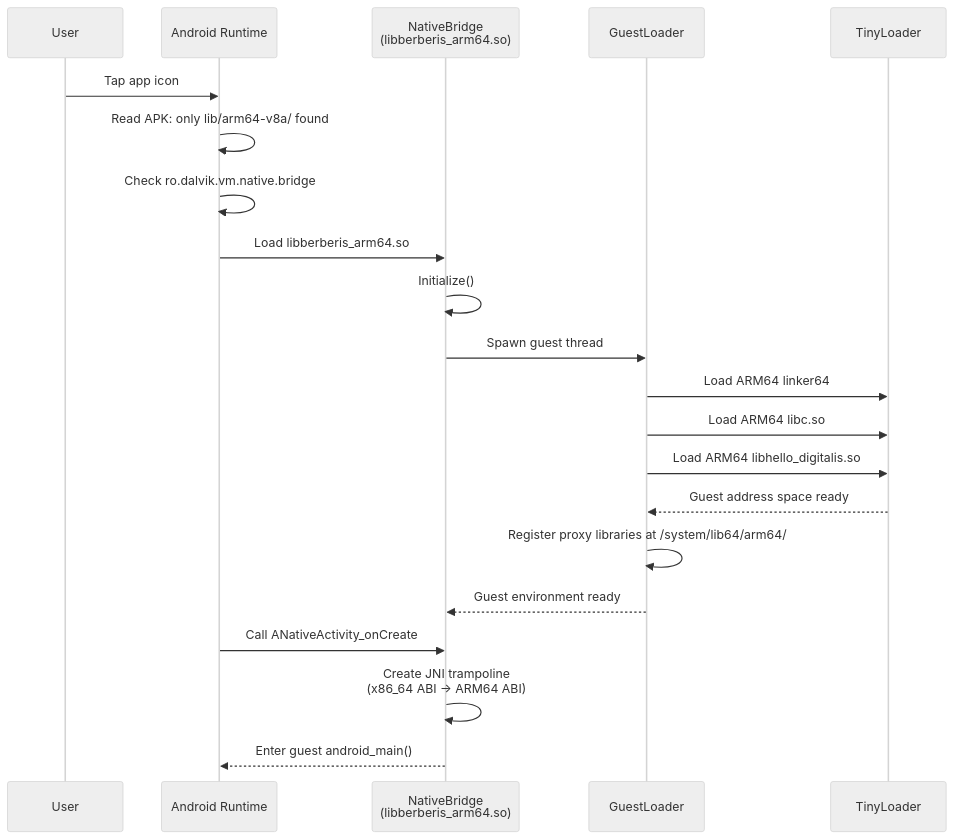
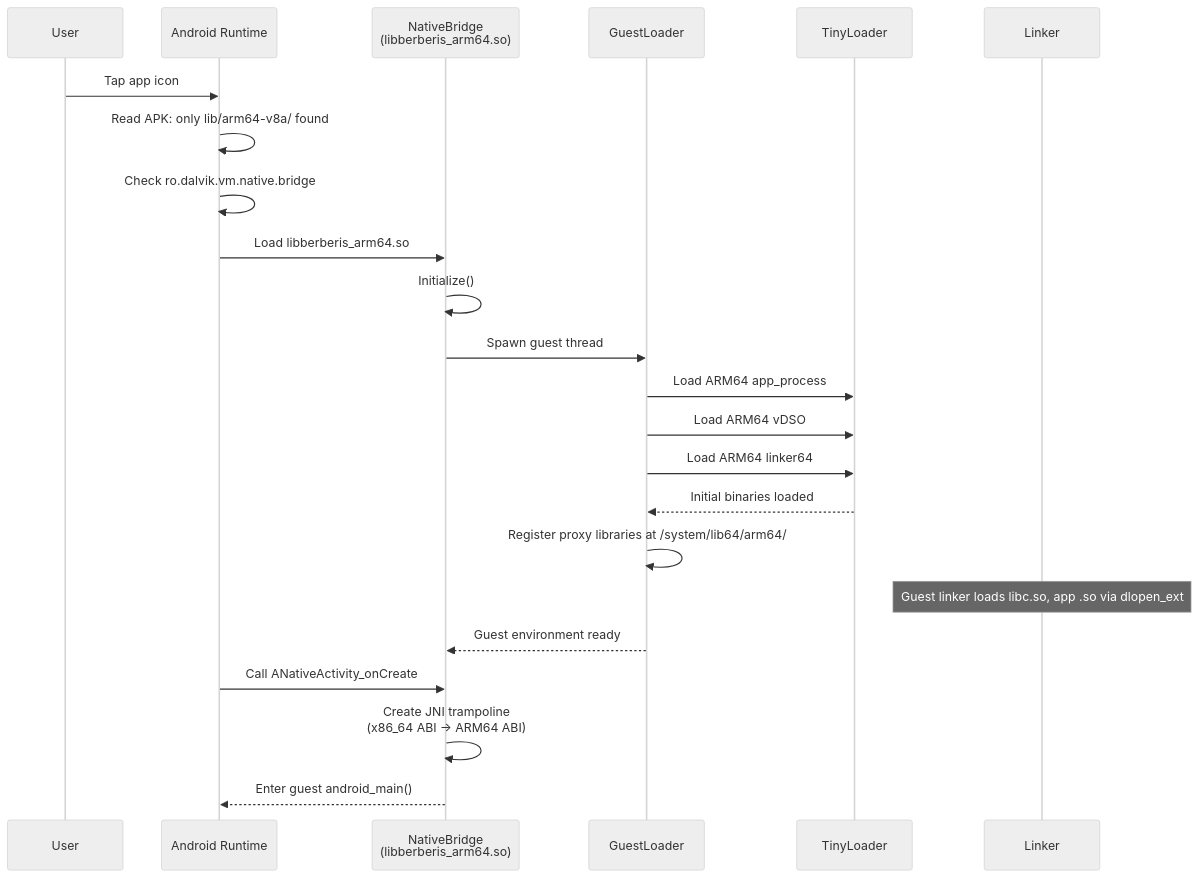
Diagram 28 of 41 in docs/how-it-works.md (DigitalisX64/digitalis), drawn with Mermaid (neutral theme) before and after one commit. The commit also changed other lines of this file, not shown here.

````diff
--- a/docs/how-it-works.md
+++ b/docs/how-it-works.md
@@ -1458,24 +1462,25 @@
 ```mermaid
 sequenceDiagram
     participant User
     participant ART as Android Runtime
     participant NB as NativeBridge<br/>(libberberis_arm64.so)
     participant GL as GuestLoader
     participant TL as TinyLoader
 
     User->>ART: Tap app icon
     ART->>ART: Read APK: only lib/arm64-v8a/ found
     ART->>ART: Check ro.dalvik.vm.native.bridge
     ART->>NB: Load libberberis_arm64.so
     NB->>NB: Initialize()
     NB->>GL: Spawn guest thread
+    GL->>TL: Load ARM64 app_process
+    GL->>TL: Load ARM64 vDSO
     GL->>TL: Load ARM64 linker64
-    GL->>TL: Load ARM64 libc.so
-    GL->>TL: Load ARM64 libhello_digitalis.so
-    TL-->>GL: Guest address space ready
+    TL-->>GL: Initial binaries loaded
     GL->>GL: Register proxy libraries at /system/lib64/arm64/
+    Note over Linker: Guest linker loads libc.so, app .so via dlopen_ext
     GL-->>NB: Guest environment ready
     ART->>NB: Call ANativeActivity_onCreate
     NB->>NB: Create JNI trampoline<br/>(x86_64 ABI → ARM64 ABI)
     NB-->>ART: Enter guest android_main()
 ```
````
